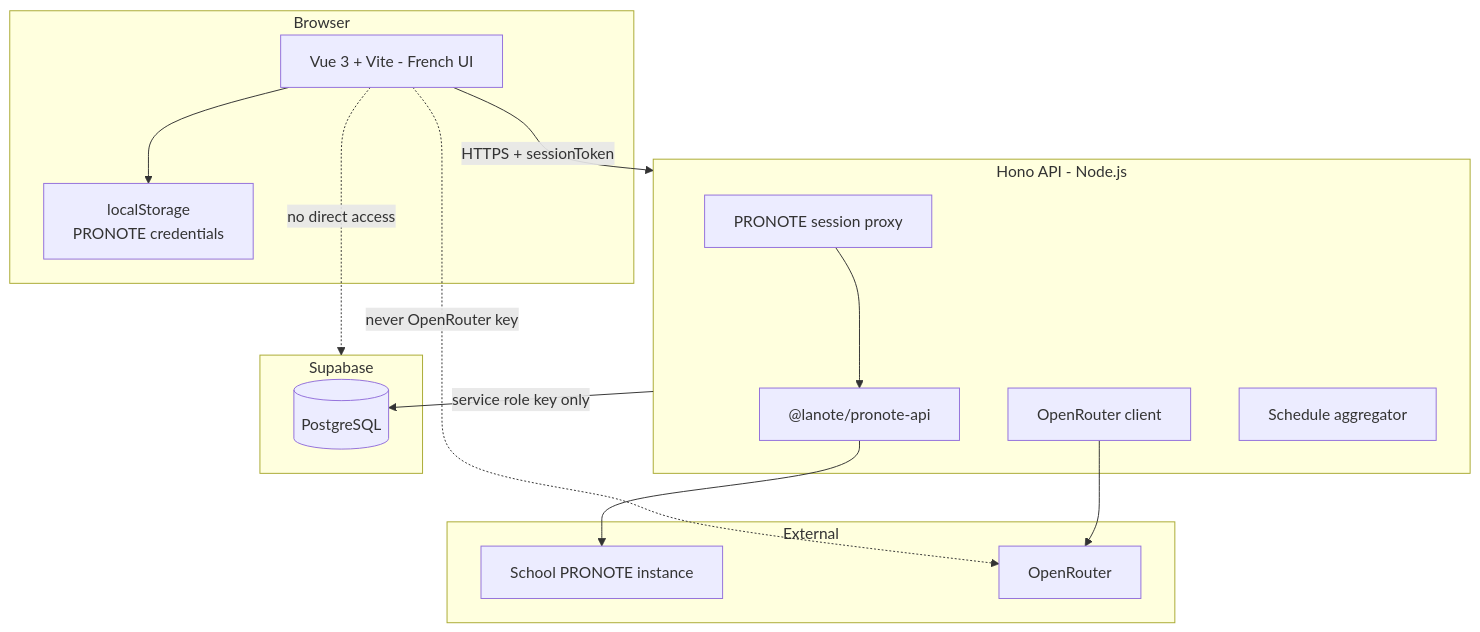
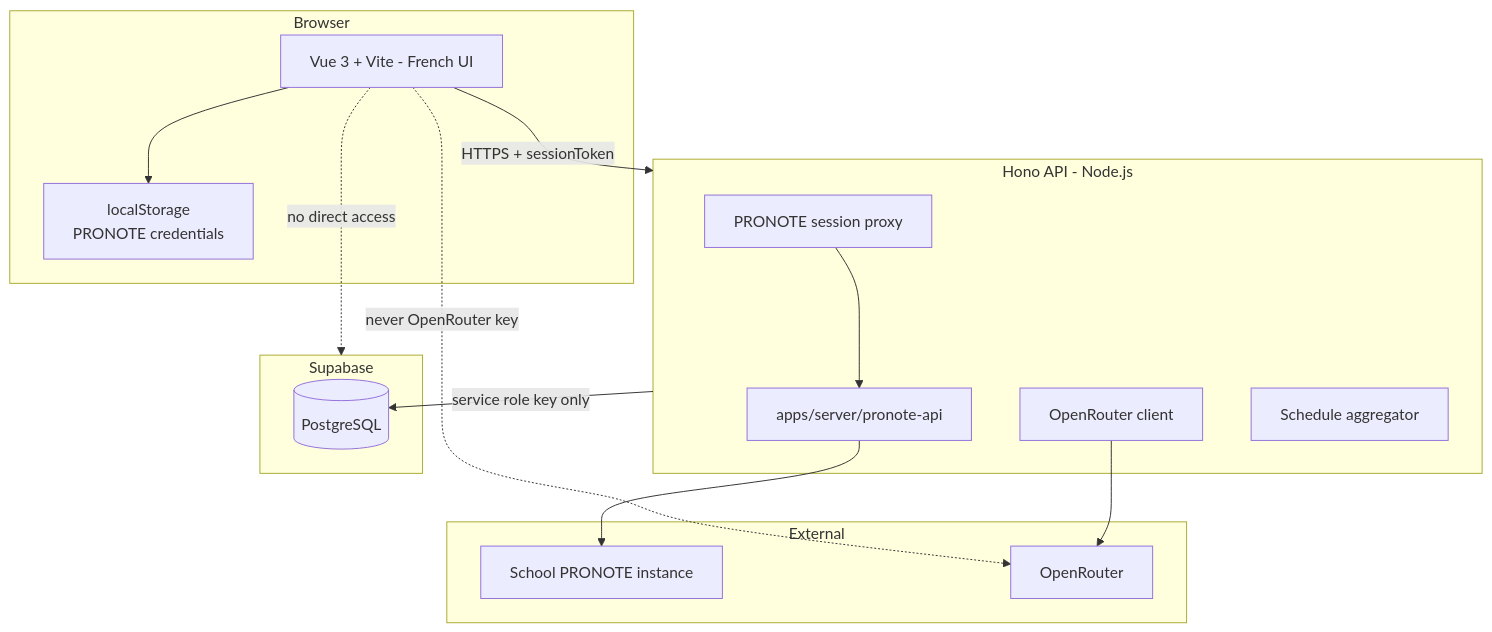
One commit to biwano/lanote changed the diagram in docs/agents/ARCHITECTURE.md. Above: the diagram before and after it, drawn with Mermaid. The commit also changed other lines of this file and 120 other files, not shown here.

Commit message:
Simplified architecture

````diff
--- a/docs/agents/ARCHITECTURE.md
+++ b/docs/agents/ARCHITECTURE.md
@@ -18,31 +18,31 @@
 ```mermaid
 flowchart TB
     subgraph client [Browser]
         Vue[Vue 3 + Vite - French UI]
         LS[localStorage<br/>PRONOTE credentials]
     end
 
     subgraph server [Hono API - Node.js]
         Auth[PRONOTE session proxy]
-        PronoteLib["@lanote/pronote-api"]
+        PronoteLib["apps/server/pronote-api"]
         AI[OpenRouter client]
         Schedule[Schedule aggregator]
     end
 
     subgraph external [External]
         PRONOTE[School PRONOTE instance]
         OR[OpenRouter]
     end
 
     subgraph supabase [Supabase]
         DB[(PostgreSQL)]
     end
 
     Vue --> LS
     Vue -->|HTTPS + sessionToken| server
     Auth --> PronoteLib --> PRONOTE
     AI --> OR
     server -->|service role key only| DB
     Vue -.->|no direct access| supabase
     Vue -.->|never OpenRouter key| OR
 ```
````
